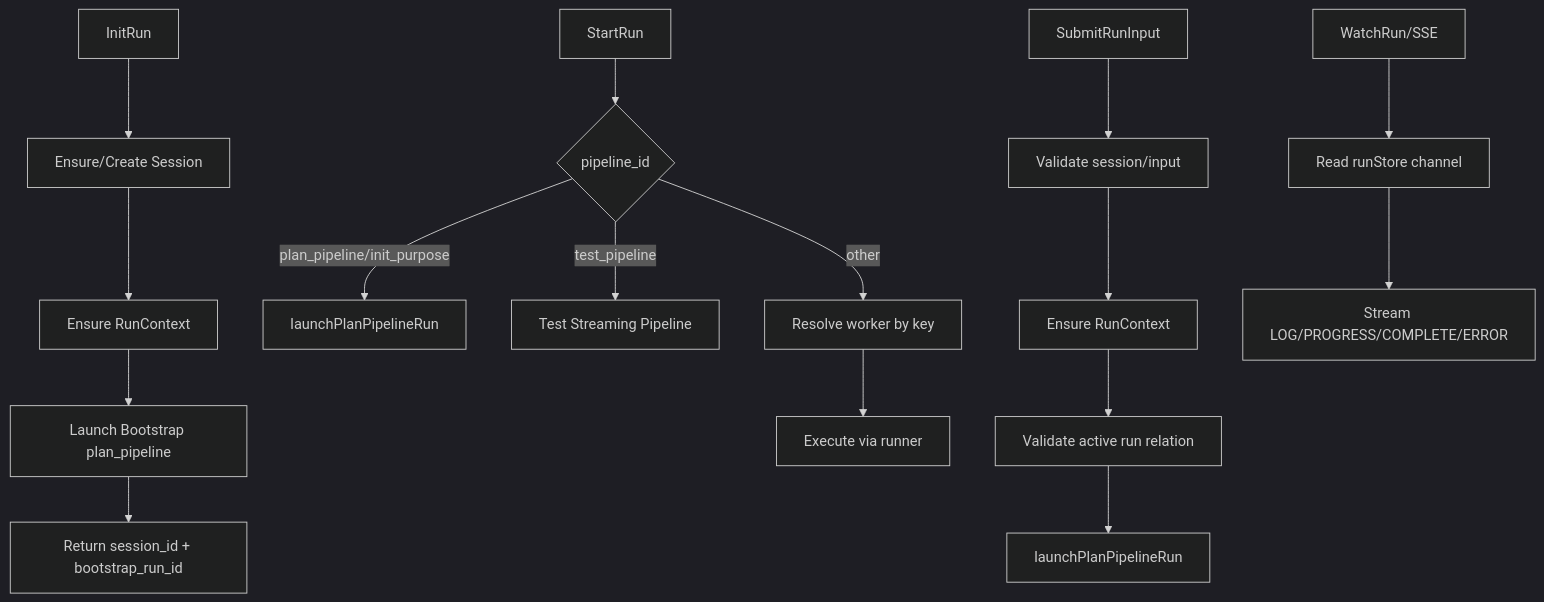
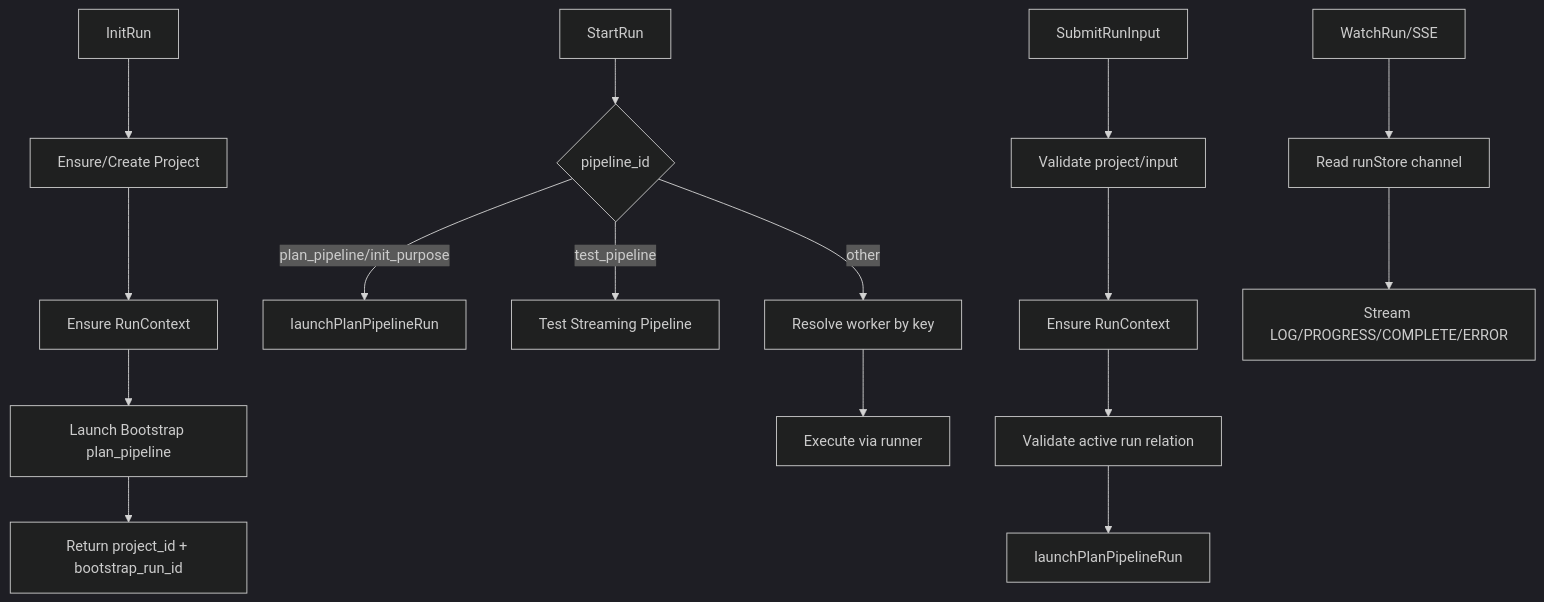
One commit to Keyhole-Koro/InsightifyCore changed the fourth of 4 diagrams in cmd/api/gateway.md. Above: the diagram before and after it, drawn with Mermaid (dark theme). The commit also changed other lines of this file and 22 other files, not shown here.

First line of the commit message:
Refactor project session management and introduce project state store

````diff
--- a/cmd/api/gateway.md
+++ b/cmd/api/gateway.md
@@ -152,21 +152,21 @@
 ```mermaid
 flowchart TD
-    A[InitRun] --> B[Ensure/Create Session]
+    A[InitRun] --> B[Ensure/Create Project]
     B --> C[Ensure RunContext]
     C --> D[Launch Bootstrap plan_pipeline]
-    D --> E[Return session_id + bootstrap_run_id]
+    D --> E[Return project_id + bootstrap_run_id]
 
     F[StartRun] --> G{pipeline_id}
     G -->|plan_pipeline/init_purpose| H[launchPlanPipelineRun]
     G -->|test_pipeline| I[Test Streaming Pipeline]
     G -->|other| J[Resolve worker by key]
     J --> K[Execute via runner]
 
-    L[SubmitRunInput] --> M[Validate session/input]
+    L[SubmitRunInput] --> M[Validate project/input]
     M --> N[Ensure RunContext]
     N --> O[Validate active run relation]
     O --> P[launchPlanPipelineRun]
 
     Q[WatchRun/SSE] --> R[Read runStore channel]
     R --> S[Stream LOG/PROGRESS/COMPLETE/ERROR]
 ```
````
